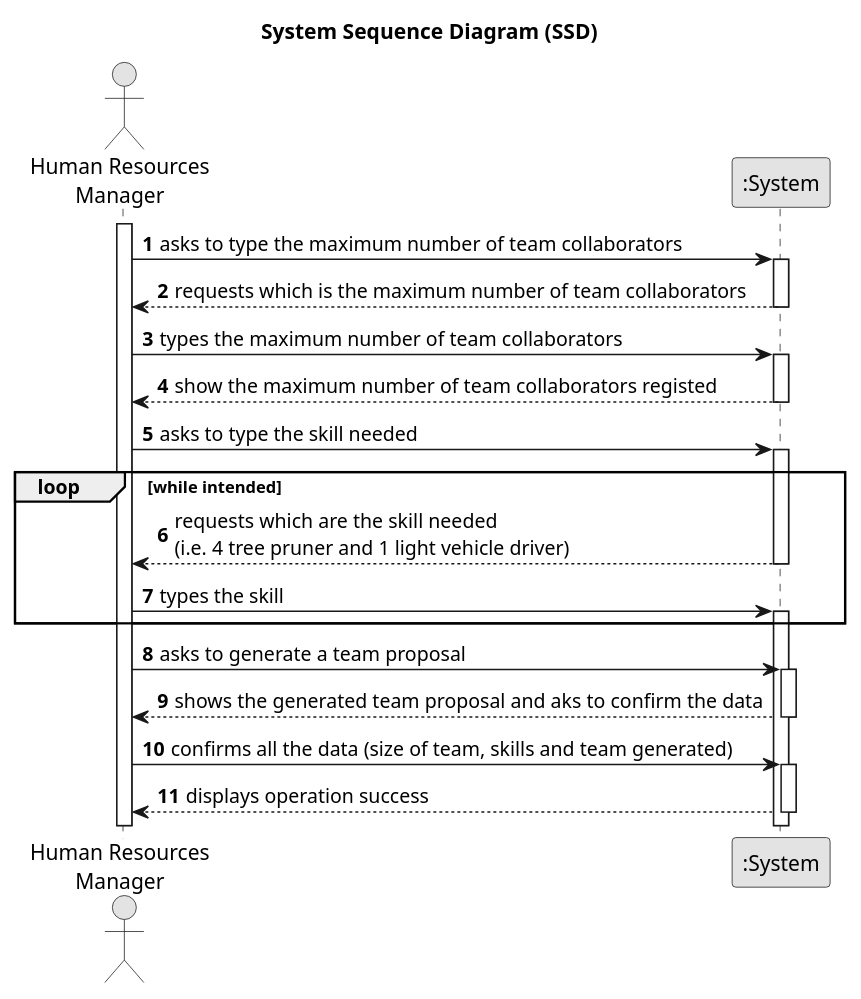
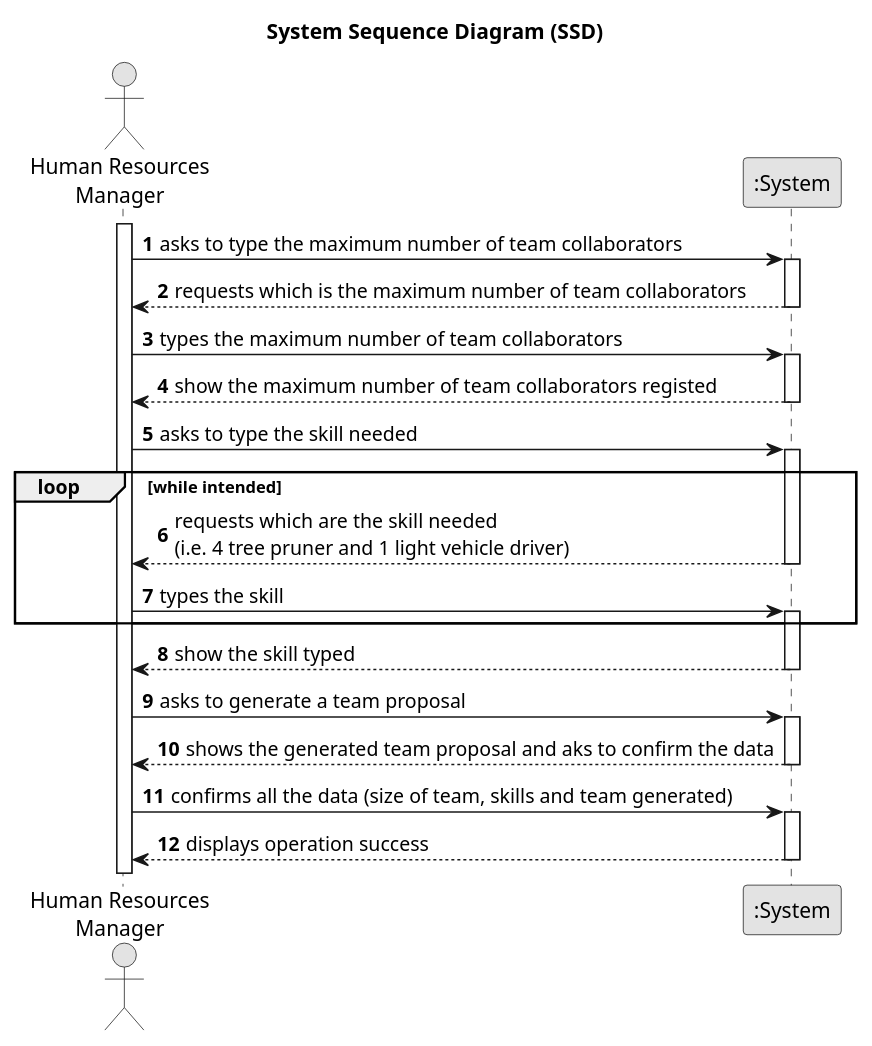
Before and after one commit to 1231360-ISEP/lei-24-s2-1db-g021: the diagram in docs/sprintA/us005/01.requirements-engineering/puml/us005-system-sequence-diagram-alternative-one.puml, drawn with PlantUML.

Commit message:
Update the US05 SSD plant uml

```diff
--- a/docs/sprintA/us005/01.requirements-engineering/puml/us005-system-sequence-diagram-alternative-one.puml
+++ b/docs/sprintA/us005/01.requirements-engineering/puml/us005-system-sequence-diagram-alternative-one.puml
@@ -1,53 +1,54 @@
 @startuml
 skinparam monochrome true
 skinparam packageStyle rectangle
 skinparam shadowing false
 
 title System Sequence Diagram (SSD)
 
 autonumber
 
 actor "Human Resources\nManager" as HRM
 participant ":System" as System
 
 activate HRM
 
     HRM -> System : asks to type the maximum number of team collaborators
     activate System
 
         System --> HRM : requests which is the maximum number of team collaborators
     deactivate System
 
     HRM -> System : types the maximum number of team collaborators
     activate System
 
         System --> HRM : show the maximum number of team collaborators registed
     deactivate System
 
     HRM -> System : asks to type the skill needed
     activate System
 
     loop while intended
-
             System --> HRM : requests which are the skill needed\n(i.e. 4 tree pruner and 1 light vehicle driver)
         deactivate System
 
         HRM -> System : types the skill
         activate System
+    end
 
-    end
+        System --> HRM : show the skill typed
+            deactivate System
 
     HRM -> System : asks to generate a team proposal
     activate System
 
         System --> HRM : shows the generated team proposal and aks to confirm the data
     deactivate System
 
     HRM -> System : confirms all the data (size of team, skills and team generated)
     activate System
 
         System --> HRM : displays operation success
     deactivate System
 
 
 @enduml
```
